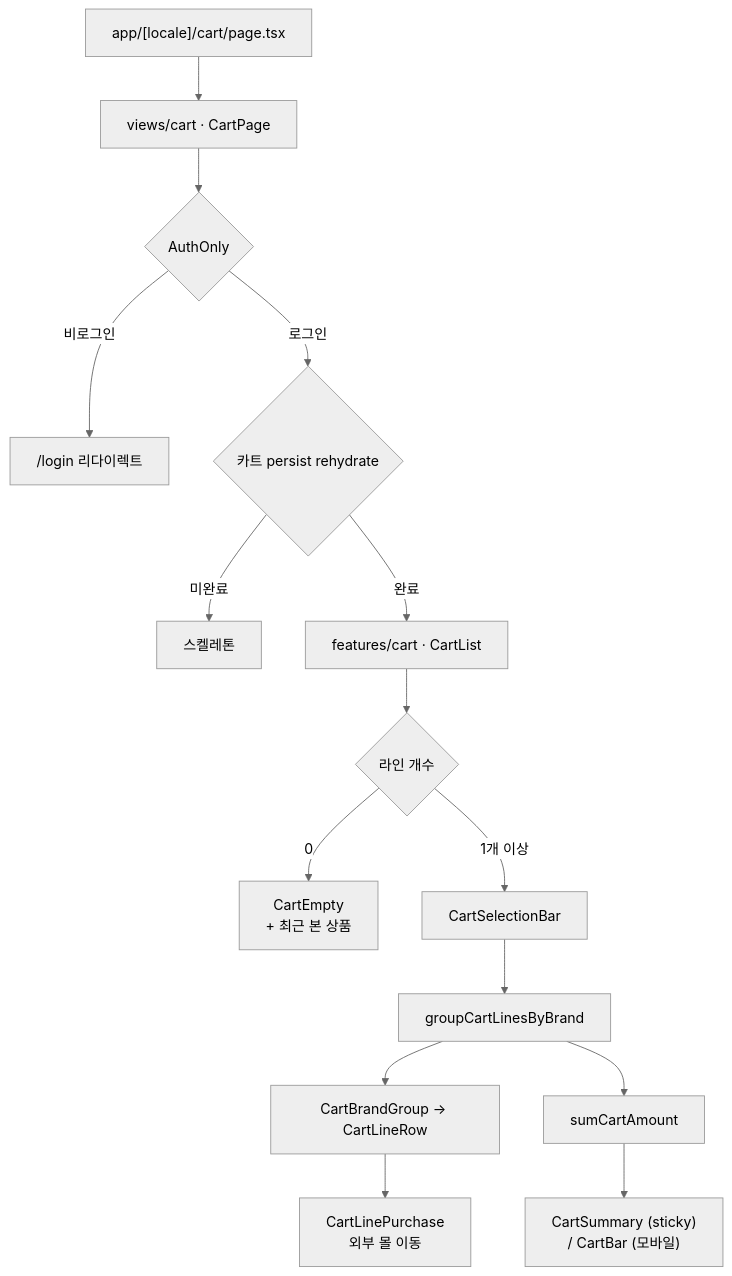
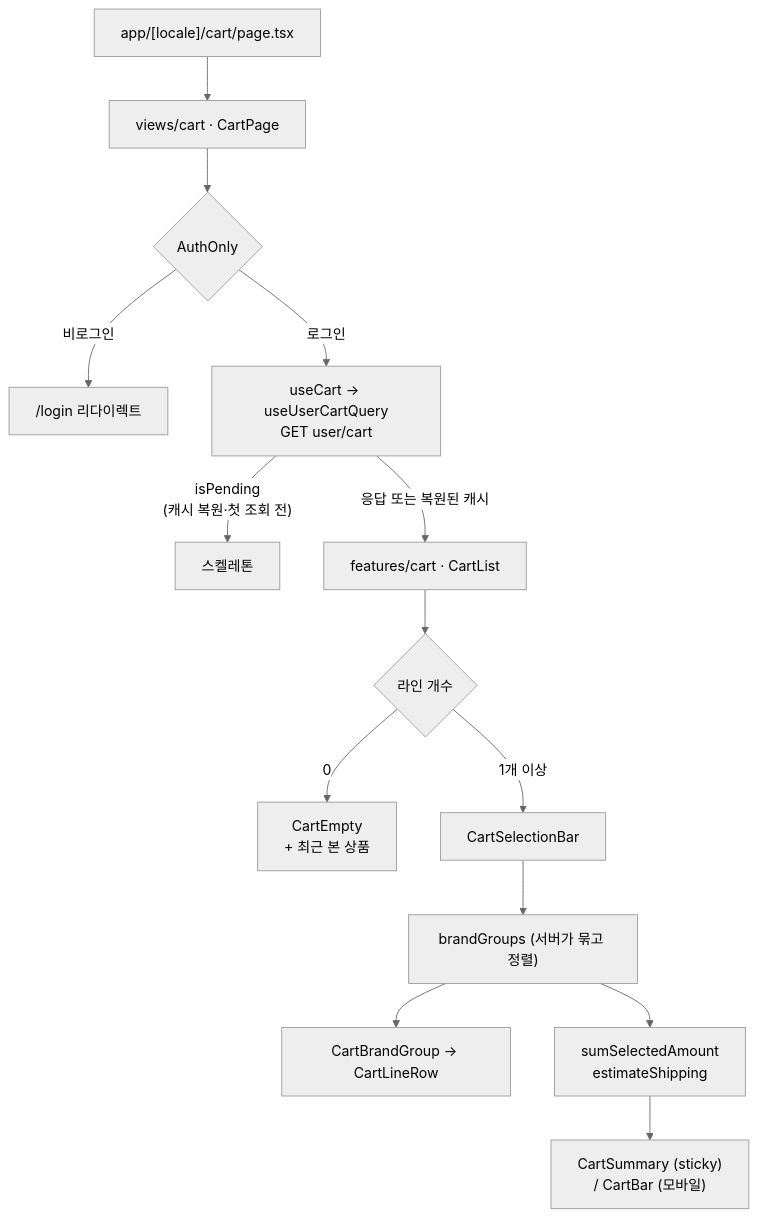
One commit to SeoulMomentTech/seoul-moment-fe changed the second of 2 diagrams in apps/web/docs/cart.md. Above: the diagram before and after it, drawn with Mermaid (neutral theme). The commit also changed other lines of this file and 42 other files, not shown here.

````diff
--- a/apps/web/docs/cart.md
+++ b/apps/web/docs/cart.md
@@ -79,17 +85,16 @@
 ```mermaid
 flowchart TD
   A["app/[locale]/cart/page.tsx"] --> B["views/cart · CartPage"]
   B --> C{"AuthOnly"}
   C -->|"비로그인"| D["/login 리다이렉트"]
-  C -->|"로그인"| E{"카트 persist rehydrate"}
-  E -->|"미완료"| F["스켈레톤"]
-  E -->|"완료"| G["features/cart · CartList"]
+  C -->|"로그인"| E["useCart → useUserCartQuery<br/>GET user/cart"]
+  E -->|"isPending<br/>(캐시 복원·첫 조회 전)"| F["스켈레톤"]
+  E -->|"응답 또는 복원된 캐시"| G["features/cart · CartList"]
   G --> H{"라인 개수"}
   H -->|"0"| I["CartEmpty<br/>+ 최근 본 상품"]
   H -->|"1개 이상"| J["CartSelectionBar"]
-  J --> K["groupCartLinesByBrand"]
+  J --> K["brandGroups (서버가 묶고 정렬)"]
   K --> L["CartBrandGroup → CartLineRow"]
-  L --> M["CartLinePurchase<br/>외부 몰 이동"]
-  K --> N["sumCartAmount"]
-  N --> O["CartSummary (sticky)<br/>/ CartBar (모바일)"]
+  K --> M["sumSelectedAmount<br/>estimateShipping"]
+  M --> N["CartSummary (sticky)<br/>/ CartBar (모바일)"]
 ```
````
